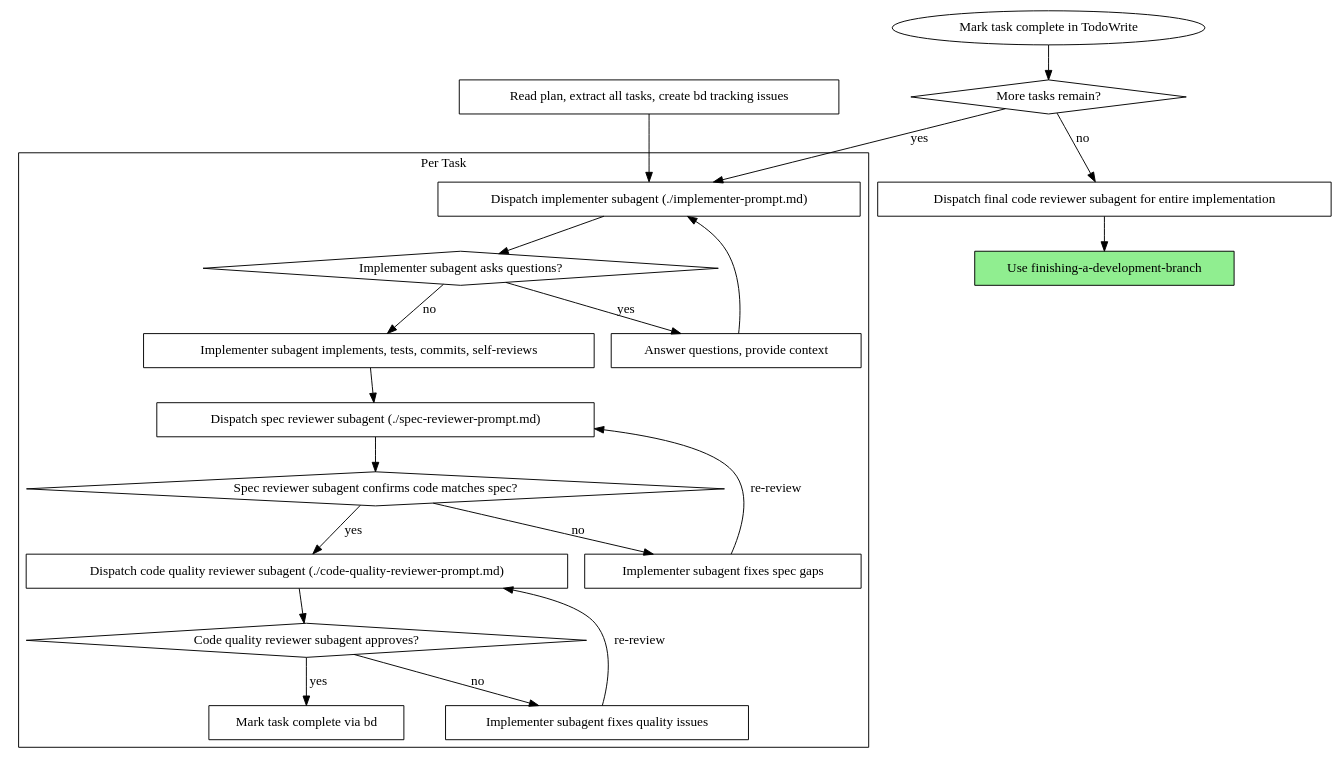
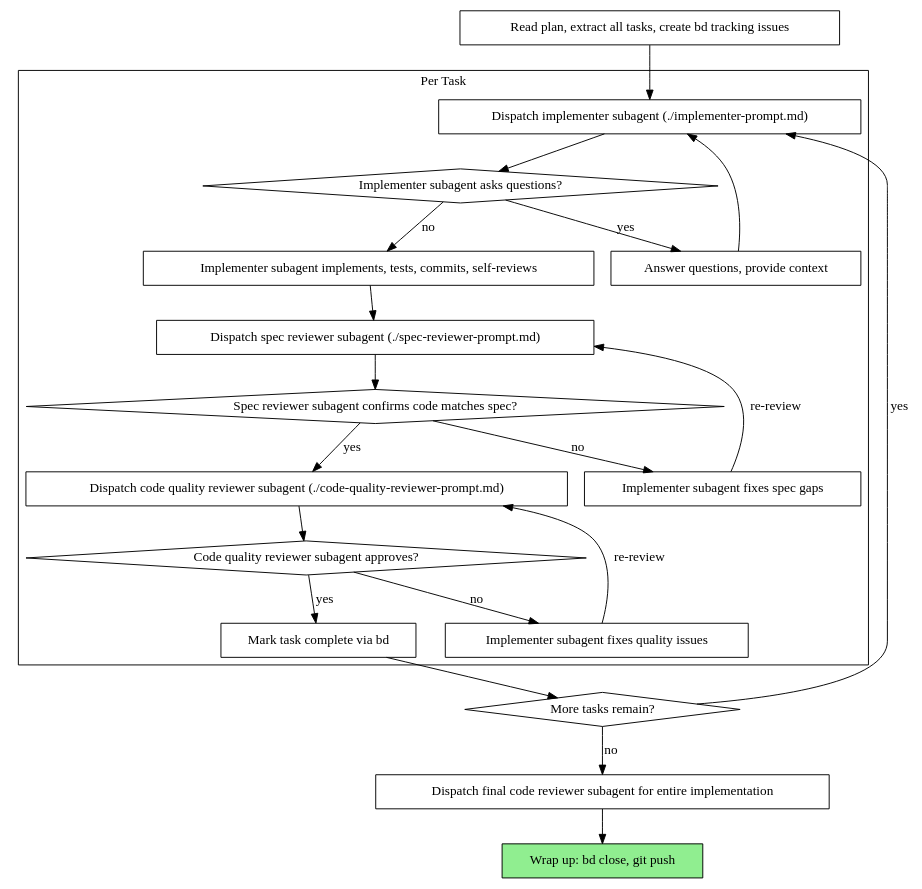
The second of 2 diagrams in src/skills/subagent-driven-development/SKILL.md (digi4care/the-firm), drawn with Graphviz before and after one commit. The commit also changed other lines of this file and 4 other files, not shown here.

````diff
--- a/src/skills/subagent-driven-development/SKILL.md
+++ b/src/skills/subagent-driven-development/SKILL.md
@@ -43,44 +43,44 @@
 ```dot
 digraph process {
     rankdir=TB;
 
     subgraph cluster_per_task {
         label="Per Task";
         "Dispatch implementer subagent (./implementer-prompt.md)" [shape=box];
         "Implementer subagent asks questions?" [shape=diamond];
         "Answer questions, provide context" [shape=box];
         "Implementer subagent implements, tests, commits, self-reviews" [shape=box];
         "Dispatch spec reviewer subagent (./spec-reviewer-prompt.md)" [shape=box];
         "Spec reviewer subagent confirms code matches spec?" [shape=diamond];
         "Implementer subagent fixes spec gaps" [shape=box];
         "Dispatch code quality reviewer subagent (./code-quality-reviewer-prompt.md)" [shape=box];
         "Code quality reviewer subagent approves?" [shape=diamond];
         "Implementer subagent fixes quality issues" [shape=box];
         "Mark task complete via bd" [shape=box];
     }
 
     "Read plan, extract all tasks, create bd tracking issues" [shape=box];
     "More tasks remain?" [shape=diamond];
     "Dispatch final code reviewer subagent for entire implementation" [shape=box];
-    "Use finishing-a-development-branch" [shape=box style=filled fillcolor=lightgreen];
+    "Wrap up: bd close, git push" [shape=box style=filled fillcolor=lightgreen];
 
     "Read plan, extract all tasks, create bd tracking issues" -> "Dispatch implementer subagent (./implementer-prompt.md)";
     "Dispatch implementer subagent (./implementer-prompt.md)" -> "Implementer subagent asks questions?";
     "Implementer subagent asks questions?" -> "Answer questions, provide context" [label="yes"];
     "Answer questions, provide context" -> "Dispatch implementer subagent (./implementer-prompt.md)";
     "Implementer subagent asks questions?" -> "Implementer subagent implements, tests, commits, self-reviews" [label="no"];
     "Implementer subagent implements, tests, commits, self-reviews" -> "Dispatch spec reviewer subagent (./spec-reviewer-prompt.md)";
     "Dispatch spec reviewer subagent (./spec-reviewer-prompt.md)" -> "Spec reviewer subagent confirms code matches spec?";
     "Spec reviewer subagent confirms code matches spec?" -> "Implementer subagent fixes spec gaps" [label="no"];
     "Implementer subagent fixes spec gaps" -> "Dispatch spec reviewer subagent (./spec-reviewer-prompt.md)" [label="re-review"];
     "Spec reviewer subagent confirms code matches spec?" -> "Dispatch code quality reviewer subagent (./code-quality-reviewer-prompt.md)" [label="yes"];
     "Dispatch code quality reviewer subagent (./code-quality-reviewer-prompt.md)" -> "Code quality reviewer subagent approves?";
     "Code quality reviewer subagent approves?" -> "Implementer subagent fixes quality issues" [label="no"];
     "Implementer subagent fixes quality issues" -> "Dispatch code quality reviewer subagent (./code-quality-reviewer-prompt.md)" [label="re-review"];
     "Code quality reviewer subagent approves?" -> "Mark task complete via bd" [label="yes"];
-    "Mark task complete in TodoWrite" -> "More tasks remain?";
+    "Mark task complete via bd" -> "More tasks remain?";
     "More tasks remain?" -> "Dispatch implementer subagent (./implementer-prompt.md)" [label="yes"];
     "More tasks remain?" -> "Dispatch final code reviewer subagent for entire implementation" [label="no"];
-    "Dispatch final code reviewer subagent for entire implementation" -> "Use finishing-a-development-branch";
+    "Dispatch final code reviewer subagent for entire implementation" -> "Wrap up: bd close, git push";
 }
 ```
````
